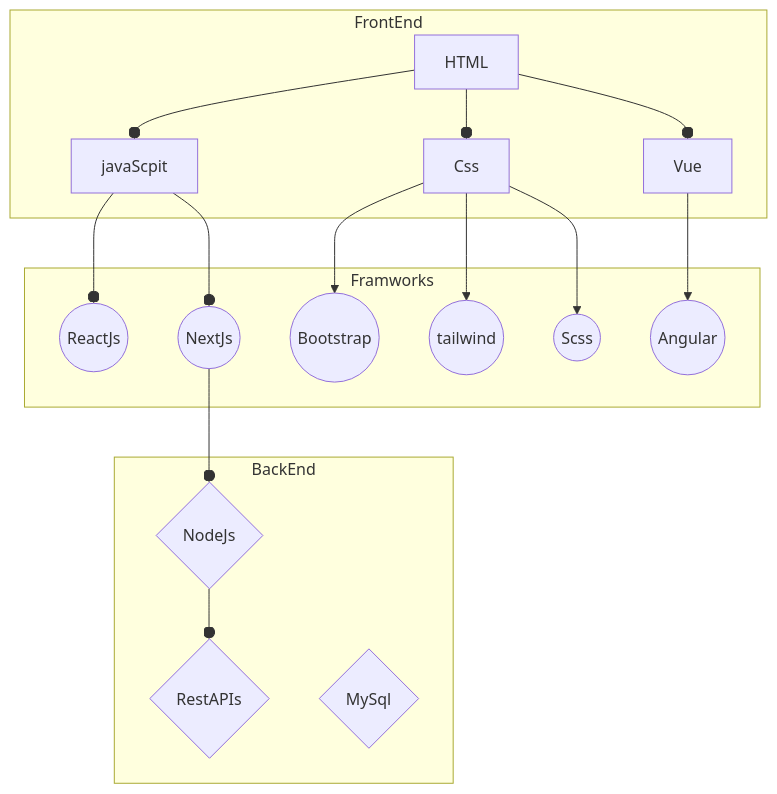
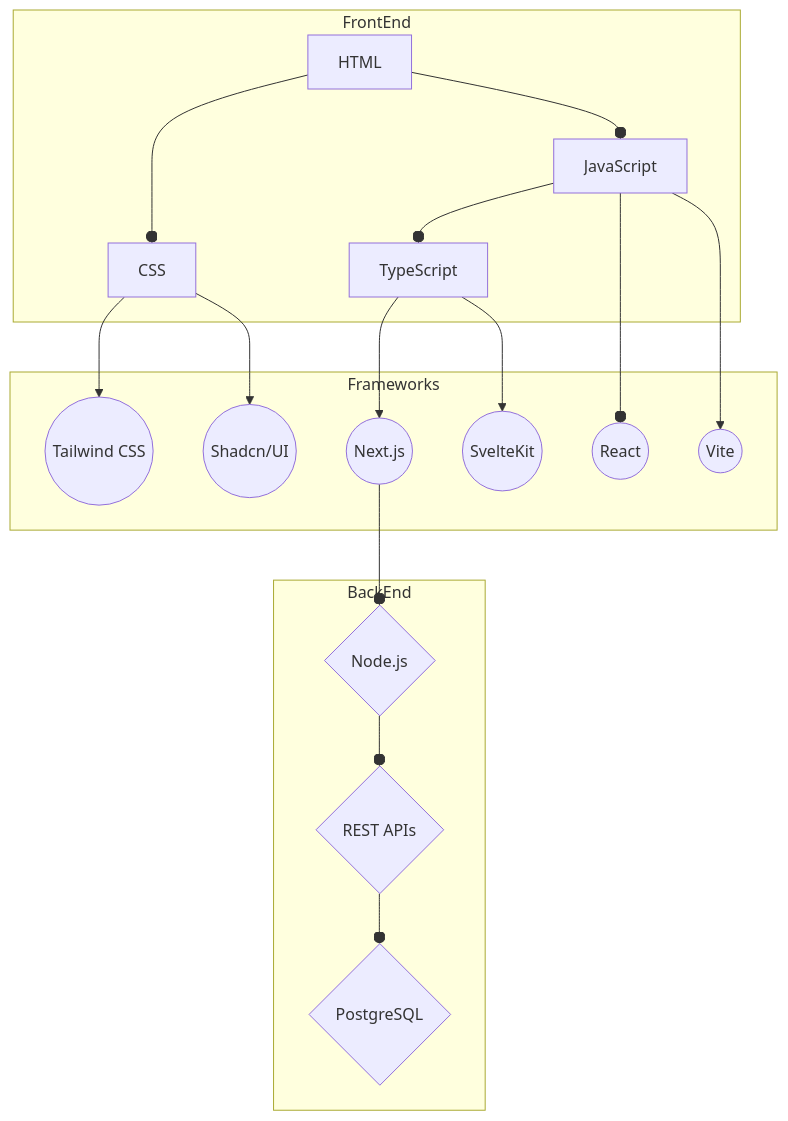
One commit to FelixAshong/FelixAshong changed the diagram in README.md. Above: the diagram before and after it, drawn with Mermaid.

````diff
--- a/README.md
+++ b/README.md
@@ -61,46 +61,47 @@
 ```mermaid
 flowchart 
 f1[HTML]
-f2[Css]
-f3[javaScpit]
-f4[ Vue]
-fw1((ReactJs))
-fw2((NextJs))
-fw3((Bootstrap))
-fw4((tailwind))
-fw5((Scss))
-fw6((Angular))
-b1{NodeJs}
-b2{RestAPIs}
-b3{MySql}
- subgraph  BackEnd
+f2[CSS]
+f3[JavaScript]
+f4[TypeScript]
+fw1((React))
+fw2((Next.js))
+fw3((Tailwind CSS))
+fw4((SvelteKit))
+fw5((Shadcn/UI))
+fw6((Vite))
+b1{Node.js}
+b2{REST APIs}
+b3{PostgreSQL}
+ subgraph BackEnd
 b1
 b2
 b3
  end  
- subgraph Framworks 
+ subgraph Frameworks 
 fw1
 fw2
 fw3
 fw4
 fw5
 fw6
  end
-  subgraph  FrontEnd 
+ subgraph FrontEnd 
  f1
  f2
  f3
  f4
  end  
  f1 --o f2
  f1 --o f3
- f1 --o f4
  f2 --> fw3
- f2 --> fw4
+ f3 --o f4
+ f3 --o fw1
+ f4 --> fw2
+ f4 --> fw4
  f2 --> fw5
- f3 --o fw1
- f3 --o fw2
+ f3 --> fw6
  fw2 --o b1
- f4 --> fw6
  b1 --o b2
+ b2 --o b3
  ```
````
